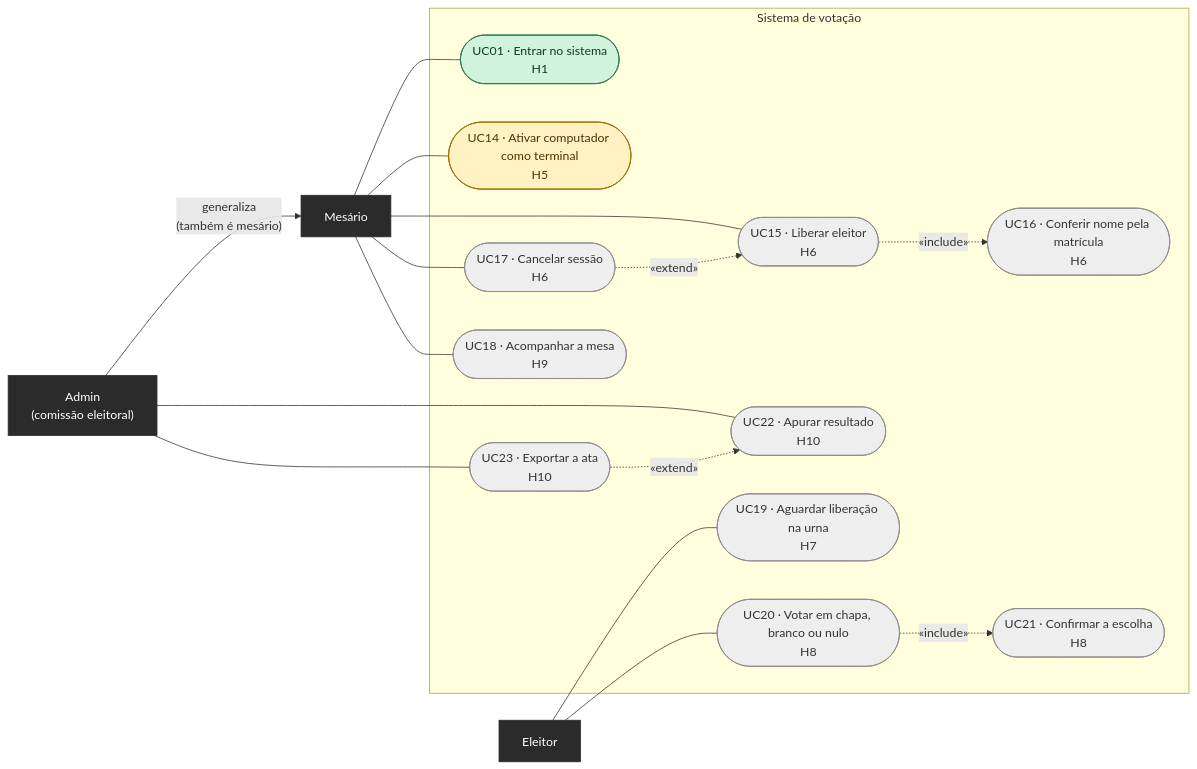
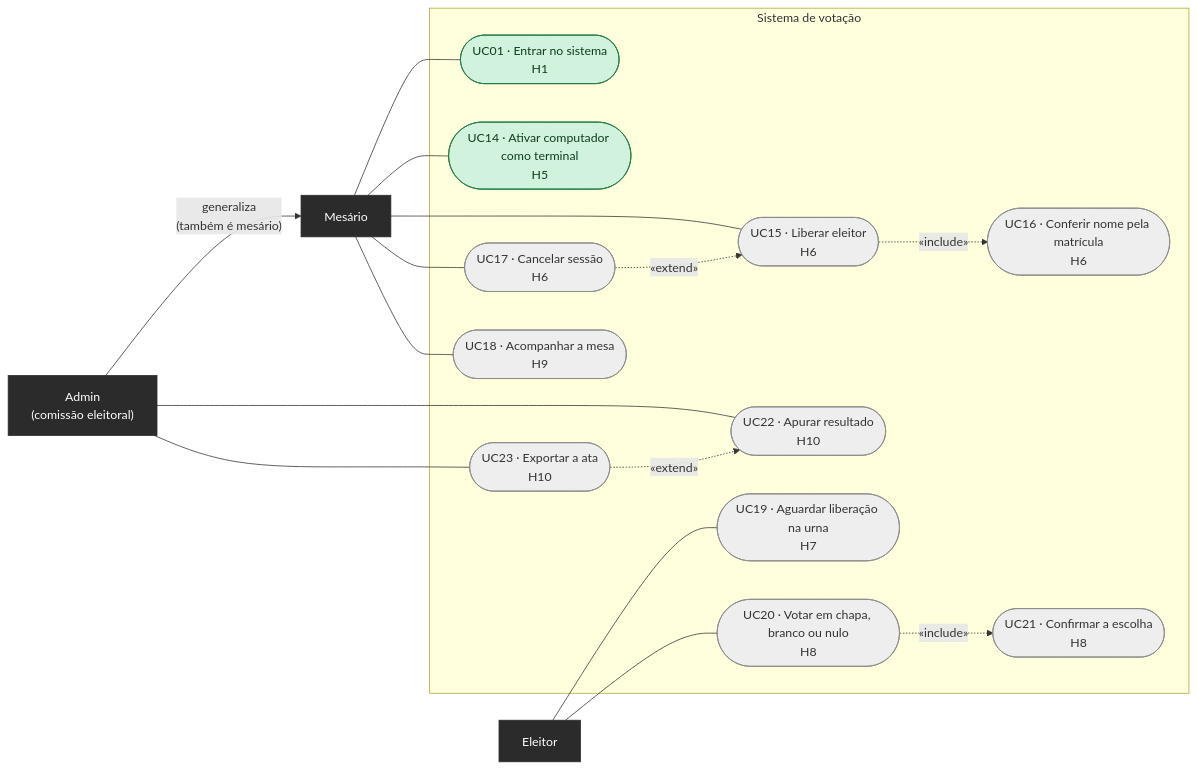
One commit to prof-ronildo-unicatolica/votacao-digitech changed the third of 10 diagrams in docs/DIAGRAMAS.md. Above: the diagram before and after it, drawn with Mermaid. The commit also changed other lines of this file and 23 other files, not shown here.

````diff
--- a/docs/DIAGRAMAS.md
+++ b/docs/DIAGRAMAS.md
@@ -82,44 +82,43 @@
 ```mermaid
 flowchart LR
     ADM["Admin<br/>(comissão eleitoral)"]:::ator
     MES["Mesário"]:::ator
     ELE["Eleitor"]:::ator
     ADM -- "generaliza<br/>(também é mesário)" --> MES
 
     subgraph SIS["Sistema de votação"]
         UC01(["UC01 · Entrar no sistema<br/>H1"])
         UC14(["UC14 · Ativar computador como terminal<br/>H5"])
         UC15(["UC15 · Liberar eleitor<br/>H6"])
         UC16(["UC16 · Conferir nome pela matrícula<br/>H6"])
         UC17(["UC17 · Cancelar sessão<br/>H6"])
         UC18(["UC18 · Acompanhar a mesa<br/>H9"])
         UC19(["UC19 · Aguardar liberação na urna<br/>H7"])
         UC20(["UC20 · Votar em chapa, branco ou nulo<br/>H8"])
         UC21(["UC21 · Confirmar a escolha<br/>H8"])
         UC22(["UC22 · Apurar resultado<br/>H10"])
         UC23(["UC23 · Exportar a ata<br/>H10"])
     end
 
     MES --- UC01
     MES --- UC14
     MES --- UC15
     MES --- UC17
     MES --- UC18
     ELE --- UC19
     ELE --- UC20
     ADM --- UC22
     ADM --- UC23
 
     UC15 -. "«include»" .-> UC16
     UC17 -. "«extend»" .-> UC15
     UC20 -. "«include»" .-> UC21
     UC23 -. "«extend»" .-> UC22
 
-    class UC01 feito
-    class UC14 revisao
+    class UC01,UC14 feito
     class UC15,UC16,UC17,UC18,UC19,UC20,UC21,UC22,UC23 afazer
     classDef ator fill:#2b2b2b,stroke:#2b2b2b,color:#ffffff
     classDef feito fill:#d1f2dc,stroke:#1e7a44,color:#0f3d22
     classDef revisao fill:#fff1c2,stroke:#9a6b00,color:#4d3500
     classDef afazer fill:#eeeeee,stroke:#8a8a8a,color:#333333
 ```
````
